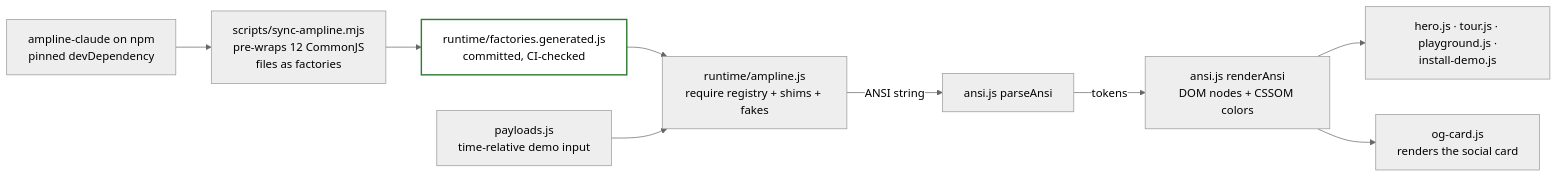
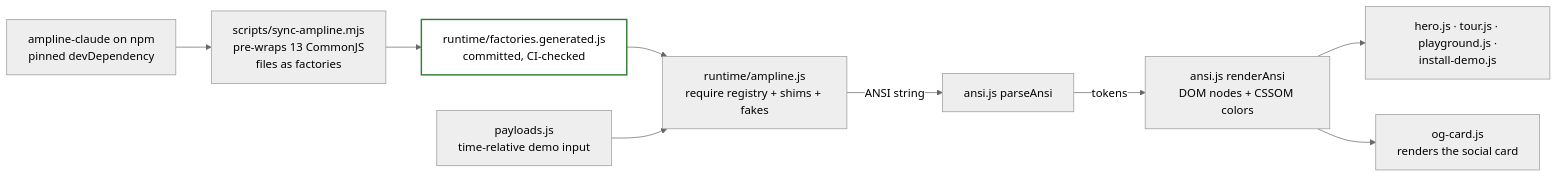
One commit to carterptull/ampline-website changed the first of 2 diagrams in diagrams/render-pipeline.md. Above: the diagram before and after it, drawn with Mermaid (neutral theme). The commit also changed other lines of this file and 14 other files, not shown here.

First line of the commit message:
chore: bump ampline-claude to 1.0.0, vendor safeRead and render subagent rows

````diff
--- a/diagrams/render-pipeline.md
+++ b/diagrams/render-pipeline.md
@@ -12,13 +12,13 @@
 ```mermaid
 flowchart LR
-    npm["ampline-claude on npm<br/>pinned devDependency"] --> sync["scripts/sync-ampline.mjs<br/>pre-wraps 12 CommonJS<br/>files as factories"]
+    npm["ampline-claude on npm<br/>pinned devDependency"] --> sync["scripts/sync-ampline.mjs<br/>pre-wraps 13 CommonJS<br/>files as factories"]
     sync --> gen["runtime/factories.generated.js<br/>committed, CI-checked"]
     gen --> rt["runtime/ampline.js<br/>require registry + shims + fakes"]
     pay["payloads.js<br/>time-relative demo input"] --> rt
     rt -->|"ANSI string"| parse["ansi.js parseAnsi"]
     parse -->|"tokens"| dom["ansi.js renderAnsi<br/>DOM nodes + CSSOM colors"]
     dom --> page["hero.js · tour.js · playground.js ·<br/>install-demo.js"]
     dom --> card["og-card.js<br/>renders the social card"]
 
     style gen fill:transparent,stroke:#2E7D32,stroke-width:2px
 ```
````
